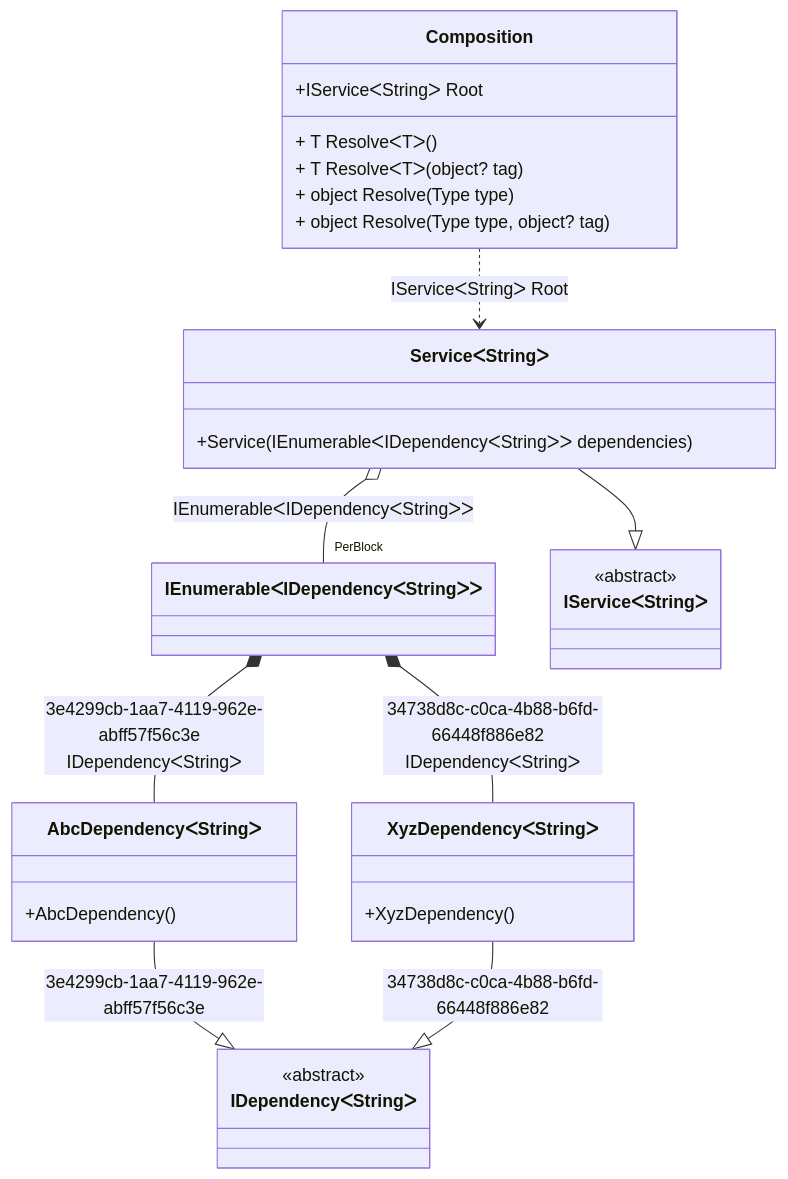
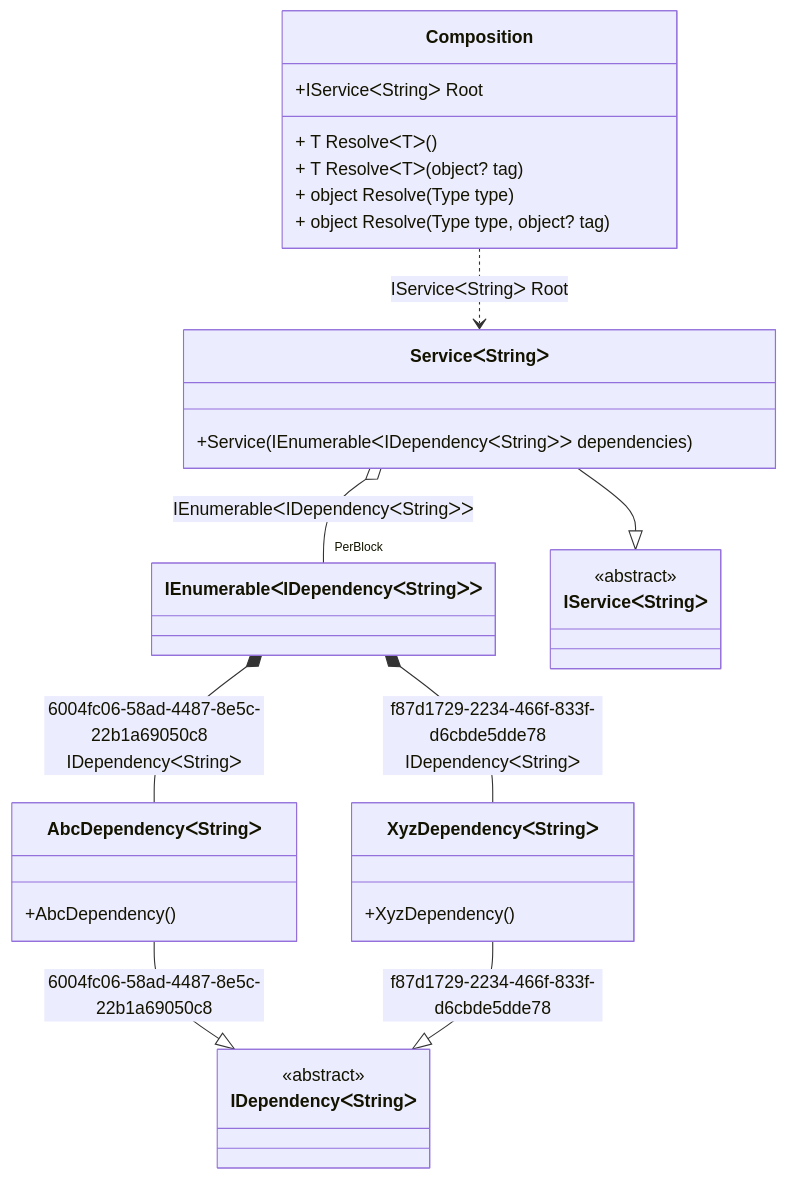
One commit to DevTeam/Pure.DI changed the diagram in readme/tag-unique.md. Above: the diagram before and after it, drawn with Mermaid. The commit also changed other lines of this file and 2 other files, not shown here.

````diff
--- a/readme/tag-unique.md
+++ b/readme/tag-unique.md
@@ -39,33 +39,33 @@
 ```mermaid
 classDiagram
   class Composition {
     +IServiceᐸStringᐳ Root
     + T ResolveᐸTᐳ()
     + T ResolveᐸTᐳ(object? tag)
     + object Resolve(Type type)
     + object Resolve(Type type, object? tag)
   }
   class IEnumerableᐸIDependencyᐸStringᐳᐳ
-  AbcDependencyᐸStringᐳ --|> IDependencyᐸStringᐳ : 3e4299cb-1aa7-4119-962e-abff57f56c3e 
+  AbcDependencyᐸStringᐳ --|> IDependencyᐸStringᐳ : 6004fc06-58ad-4487-8e5c-22b1a69050c8 
   class AbcDependencyᐸStringᐳ {
     +AbcDependency()
   }
-  XyzDependencyᐸStringᐳ --|> IDependencyᐸStringᐳ : 34738d8c-c0ca-4b88-b6fd-66448f886e82 
+  XyzDependencyᐸStringᐳ --|> IDependencyᐸStringᐳ : f87d1729-2234-466f-833f-d6cbde5dde78 
   class XyzDependencyᐸStringᐳ {
     +XyzDependency()
   }
   ServiceᐸStringᐳ --|> IServiceᐸStringᐳ : 
   class ServiceᐸStringᐳ {
     +Service(IEnumerableᐸIDependencyᐸStringᐳᐳ dependencies)
   }
   class IDependencyᐸStringᐳ {
     <<abstract>>
   }
   class IServiceᐸStringᐳ {
     <<abstract>>
   }
-  IEnumerableᐸIDependencyᐸStringᐳᐳ *--  AbcDependencyᐸStringᐳ : 3e4299cb-1aa7-4119-962e-abff57f56c3e  IDependencyᐸStringᐳ
-  IEnumerableᐸIDependencyᐸStringᐳᐳ *--  XyzDependencyᐸStringᐳ : 34738d8c-c0ca-4b88-b6fd-66448f886e82  IDependencyᐸStringᐳ
+  IEnumerableᐸIDependencyᐸStringᐳᐳ *--  AbcDependencyᐸStringᐳ : 6004fc06-58ad-4487-8e5c-22b1a69050c8  IDependencyᐸStringᐳ
+  IEnumerableᐸIDependencyᐸStringᐳᐳ *--  XyzDependencyᐸStringᐳ : f87d1729-2234-466f-833f-d6cbde5dde78  IDependencyᐸStringᐳ
   Composition ..> ServiceᐸStringᐳ : IServiceᐸStringᐳ Root
   ServiceᐸStringᐳ o--  "PerBlock" IEnumerableᐸIDependencyᐸStringᐳᐳ : IEnumerableᐸIDependencyᐸStringᐳᐳ
 ```
````
